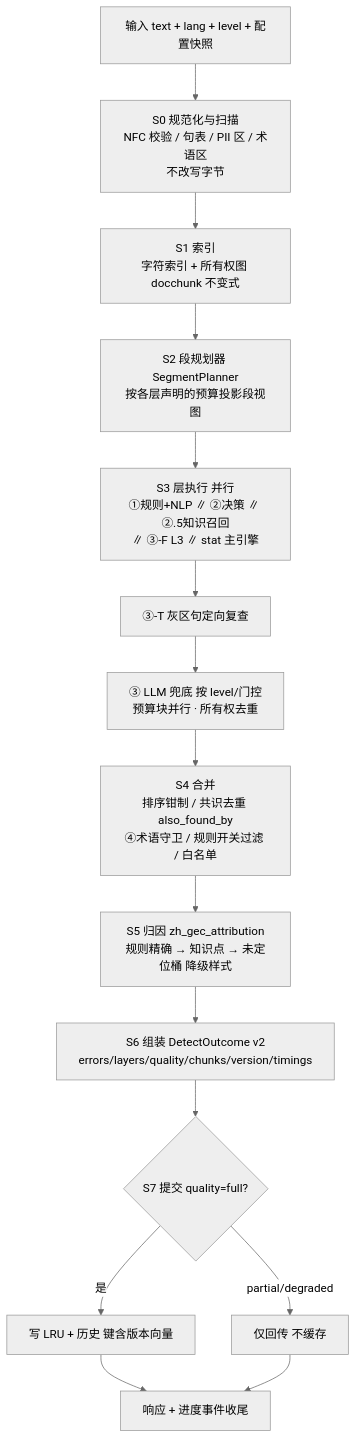
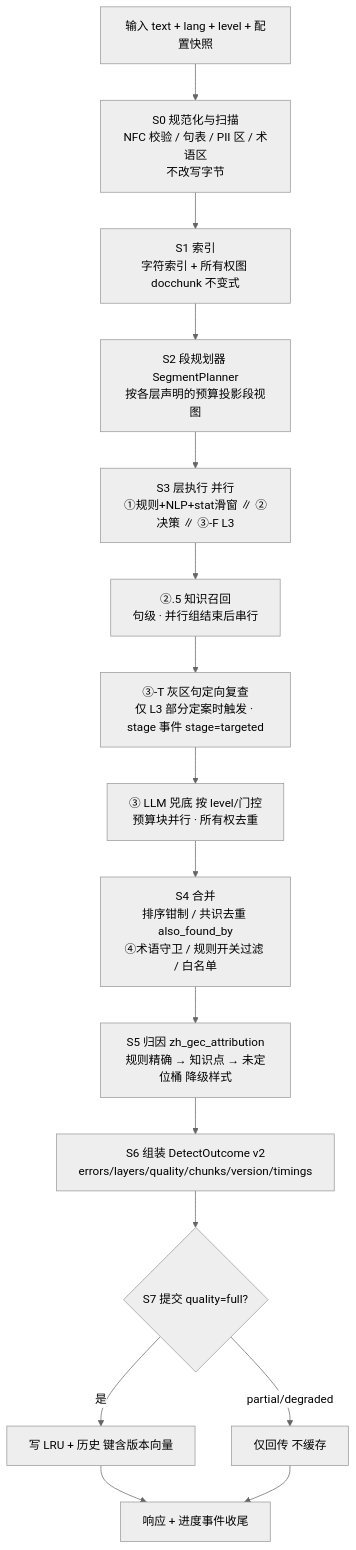
Before and after one commit to narrativeos/LangFixer: the diagram in docs/DETECT_PIPELINE.md, drawn with Mermaid (neutral theme). The commit also changed other lines of this file and 6 other files, not shown here.

First line of the commit message:
fix(gec-core,web-ui): 流程图补齐 ③-T 灰区句定向复查层，事件不再借 llm 名上报

````diff
--- a/docs/DETECT_PIPELINE.md
+++ b/docs/DETECT_PIPELINE.md
@@ -17,17 +17,18 @@
 ```mermaid
 flowchart TD
     IN[输入 text + lang + level + 配置快照] --> S0[S0 规范化与扫描<br/>NFC 校验 / 句表 / PII 区 / 术语区<br/>不改写字节]
     S0 --> S1[S1 索引<br/>字符索引 + 所有权图 docchunk 不变式]
     S1 --> S2[S2 段规划器 SegmentPlanner<br/>按各层声明的预算投影段视图]
-    S2 --> S3[S3 层执行 并行<br/>①规则+NLP ∥ ②决策 ∥ ②.5知识召回<br/>∥ ③-F L3 ∥ stat 主引擎]
-    S3 --> S3T[③-T 灰区句定向复查]
-    S3T --> S3L[③ LLM 兜底 按 level/门控<br/>预算块并行 · 所有权去重]
+    S2 --> S3[S3 层执行 并行<br/>①规则+NLP+stat滑窗 ∥ ②决策 ∥ ③-F L3]
+    S3 --> S25[②.5 知识召回<br/>句级 · 并行组结束后串行]
+    S25 --> S3T[③-T 灰区句定向复查<br/>仅 L3 部分定案时触发 · stage 事件 stage=targeted]
+    S3T --> S3L[③ LLM 兕底 按 level/门控<br/>预算块并行 · 所有权去重]
     S3L --> S4[S4 合并<br/>排序钳制 / 共识去重 also_found_by<br/>④术语守卫 / 规则开关过滤 / 白名单]
     S4 --> S5[S5 归因 zh_gec_attribution<br/>规则精确 → 知识点 → 未定位桶 降级样式]
     S5 --> S6[S6 组装 DetectOutcome v2<br/>errors/layers/quality/chunks/version/timings]
     S6 --> S7{S7 提交 quality=full?}
     S7 -->|是| C[写 LRU + 历史 键含版本向量]
     S7 -->|partial/degraded| N[仅回传 不缓存]
     C --> OUT[响应 + 进度事件收尾]
     N --> OUT
 ```
````
